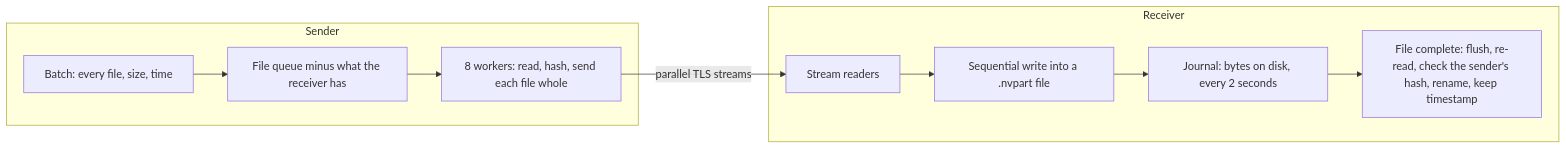
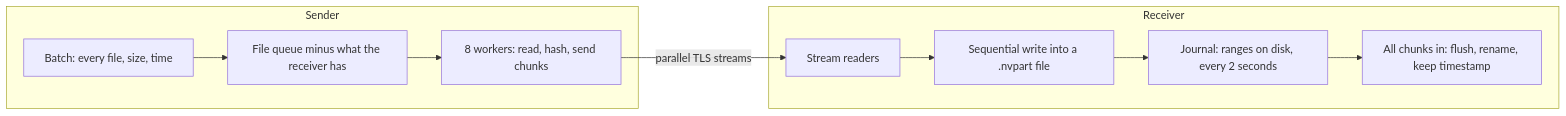
Before and after one commit to vishalpa8/Nearvolt: the third of 3 diagrams in docs/architecture.md, drawn with Mermaid. The commit also changed other lines of this file and 11 other files, not shown here.

First line of the commit message:
Chunk protocol (v5): a big file is sent in 8 MiB chunks over every stream

````diff
--- a/docs/architecture.md
+++ b/docs/architecture.md
@@ -109,13 +109,13 @@
 ```mermaid
 flowchart LR
     subgraph Sender
         M["Batch: every file, size, time"] --> Q["File queue minus what the receiver has"]
-        Q --> W["8 workers: read, hash, send each file whole"]
+        Q --> W["8 workers: read, hash, send chunks"]
     end
     W -->|"parallel TLS streams"| R
     subgraph Receiver
         R["Stream readers"] --> D["Sequential write into a .nvpart file"]
-        D --> J["Journal: bytes on disk, every 2 seconds"]
-        J --> F["File complete: flush, re-read, check the sender's hash, rename, keep timestamp"]
+        D --> J["Journal: ranges on disk, every 2 seconds"]
+        J --> F["All chunks in: flush, rename, keep timestamp"]
     end
 ```
````
